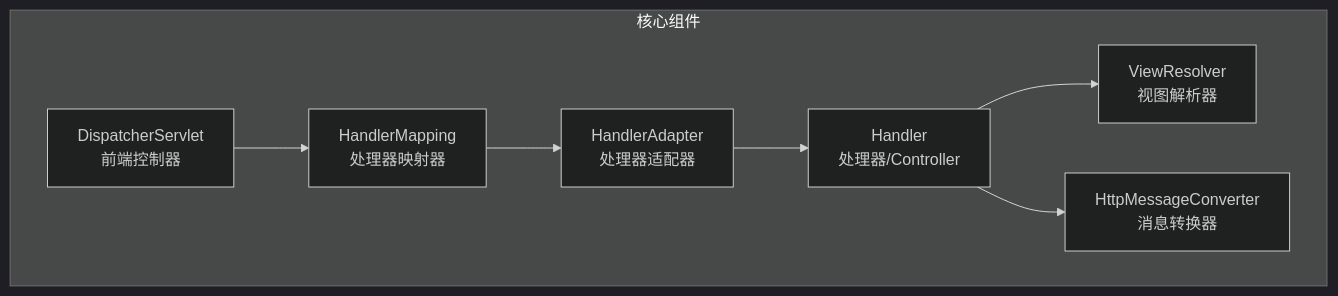
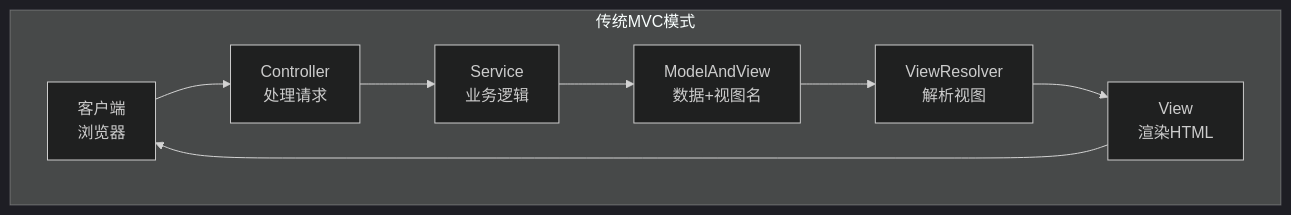
The second of 11 diagrams in document/Spring/SpringMVC 核心原理详解.md (watslab/interview_doc), drawn with Mermaid (dark theme) before and after one commit. The commit also changed other lines of this file and 2 other files, not shown here.

````diff
--- a/document/Spring/SpringMVC 核心原理详解.md
+++ b/document/Spring/SpringMVC 核心原理详解.md
@@ -18,17 +49,12 @@
 ```mermaid
-flowchart TB
-    subgraph 核心组件
-        DS["DispatcherServlet<br/>前端控制器"]
-        HM["HandlerMapping<br/>处理器映射器"]
-        HA["HandlerAdapter<br/>处理器适配器"]
-        VR["ViewResolver<br/>视图解析器"]
-        H["Handler<br/>处理器/Controller"]
-        MC["HttpMessageConverter<br/>消息转换器"]
+flowchart LR
+    subgraph 传统MVC模式
+        direction LR
+        C1["客户端<br/>浏览器"] --> C2["Controller<br/>处理请求"]
+        C2 --> C3["Service<br/>业务逻辑"]
+        C3 --> C4["ModelAndView<br/>数据+视图名"]
+        C4 --> C5["ViewResolver<br/>解析视图"]
+        C5 --> C6["View<br/>渲染HTML"]
+        C6 --> C1
     end
-    
-    DS --> HM
-    HM --> HA
-    HA --> H
-    H --> VR
-    H --> MC
 ```
````
